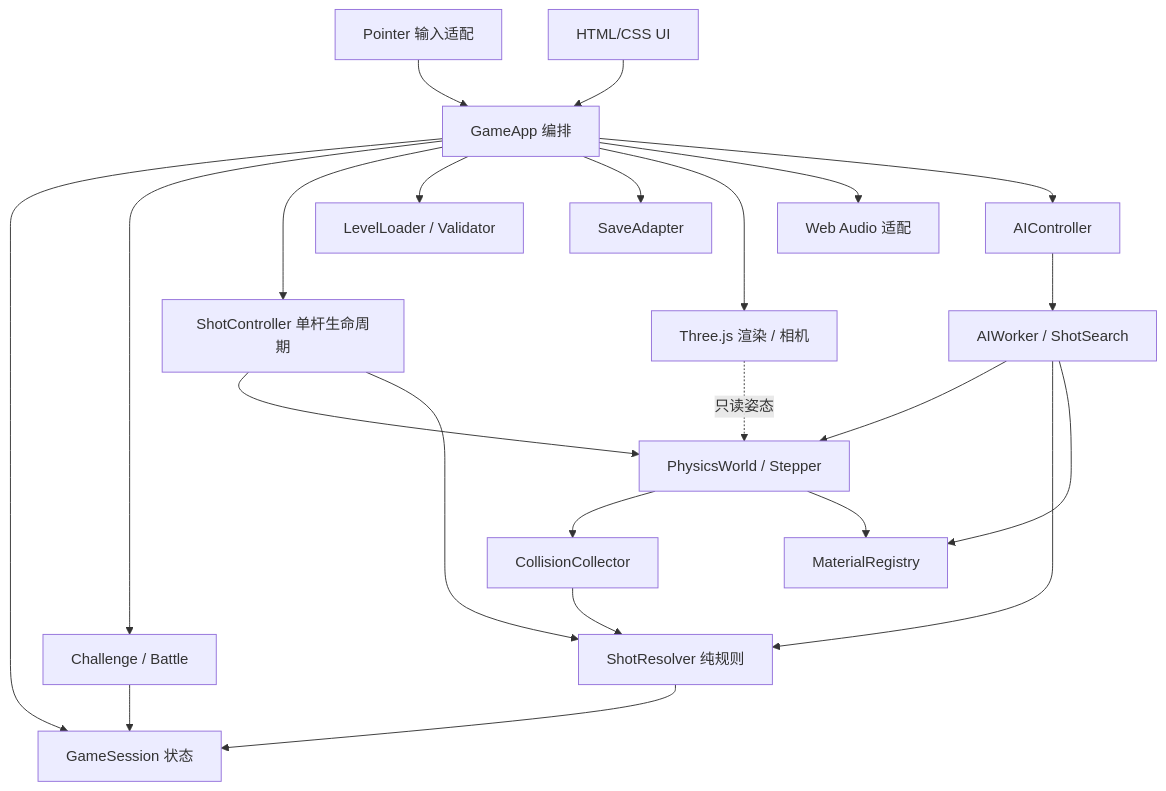
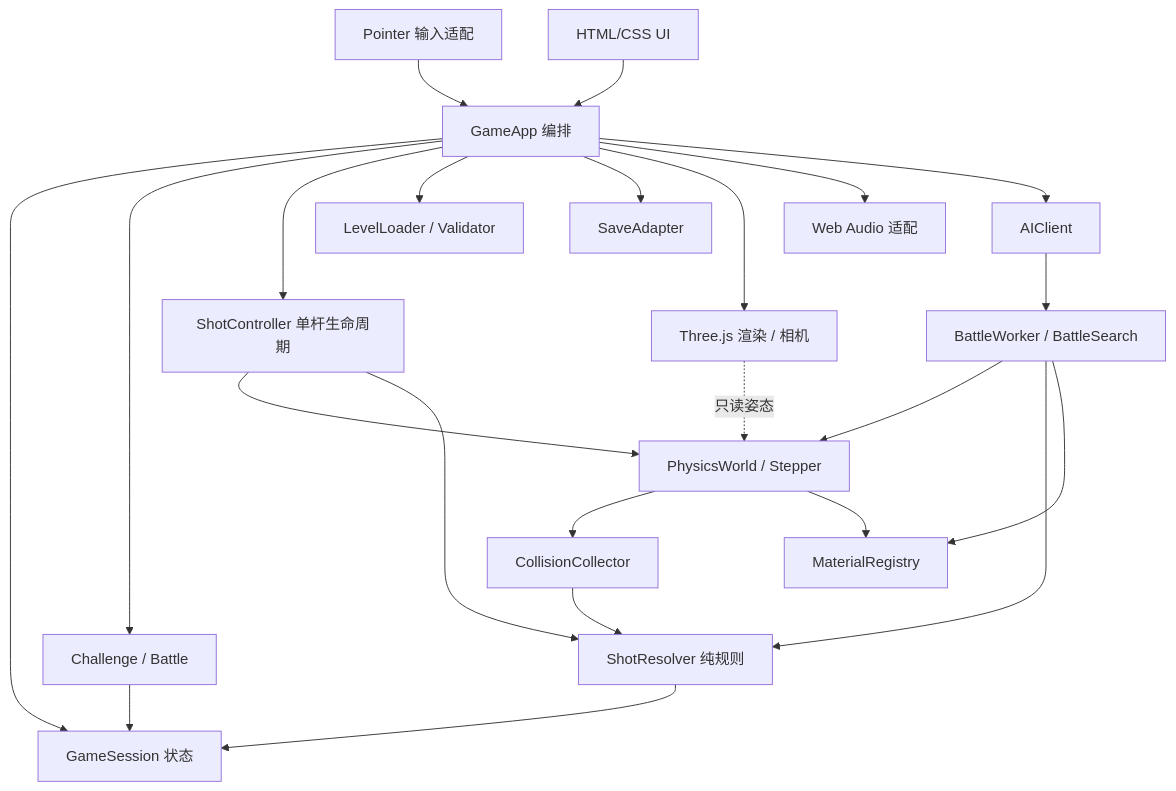
The first of 2 diagrams in docs/TECHNICAL_ARCHITECTURE.md (ljq61/FlickChain), drawn with Mermaid before and after one commit. The commit also changed other lines of this file and 33 other files, not shown here.

Commit message:
feat(battle): add random first-to-five PVP and Worker PVE

````diff
--- a/docs/TECHNICAL_ARCHITECTURE.md
+++ b/docs/TECHNICAL_ARCHITECTURE.md
@@ -24,25 +24,25 @@
 ```mermaid
 flowchart TD
     Input[Pointer 输入适配] --> App[GameApp 编排]
     UI[HTML/CSS UI] --> App
     App --> Core[GameSession 状态]
     App --> Modes[Challenge / Battle]
     App --> Controller[ShotController 单杆生命周期]
     Controller --> Physics[PhysicsWorld / Stepper]
     Physics --> Collector[CollisionCollector]
     Collector --> Resolver[ShotResolver 纯规则]
     Controller --> Resolver
     Resolver --> Core
     Modes --> Core
     Physics --> Materials[MaterialRegistry]
     App --> Content[LevelLoader / Validator]
     App --> Save[SaveAdapter]
     App --> Render[Three.js 渲染 / 相机]
     App --> Audio[Web Audio 适配]
     Render -.只读姿态.-> Physics
-    App --> AI[AIController]
-    AI --> Worker[AIWorker / ShotSearch]
+    App --> AI[AIClient]
+    AI --> Worker[BattleWorker / BattleSearch]
     Worker --> Physics
     Worker --> Resolver
     Worker --> Materials
 ```
````
